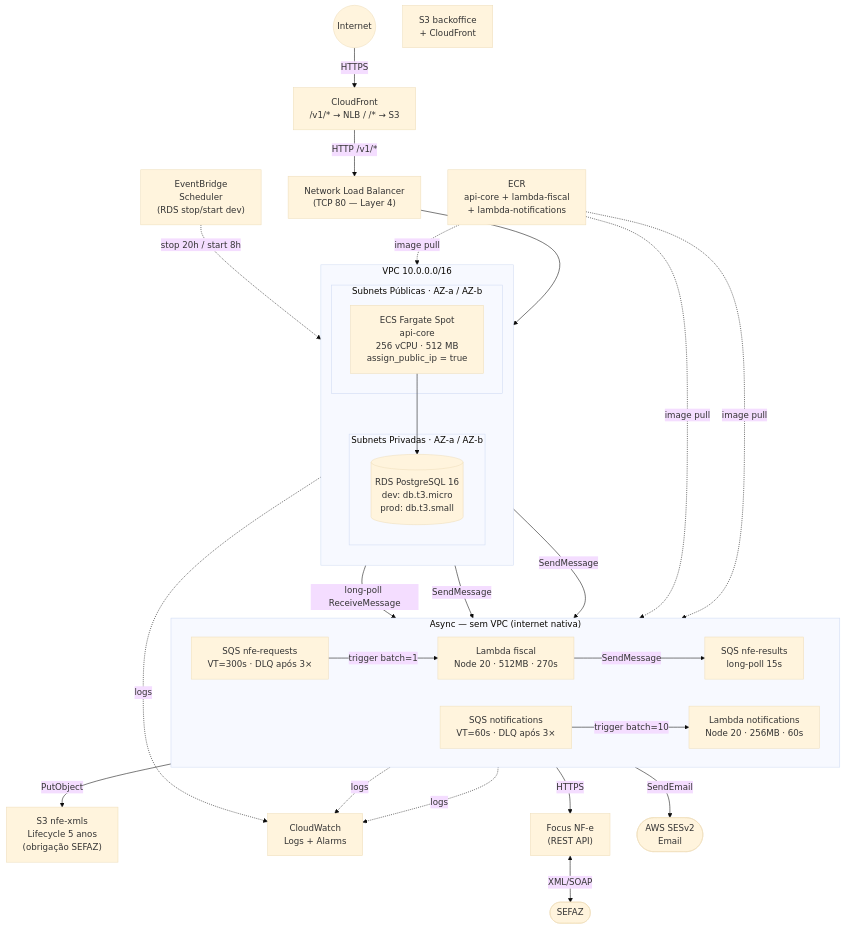
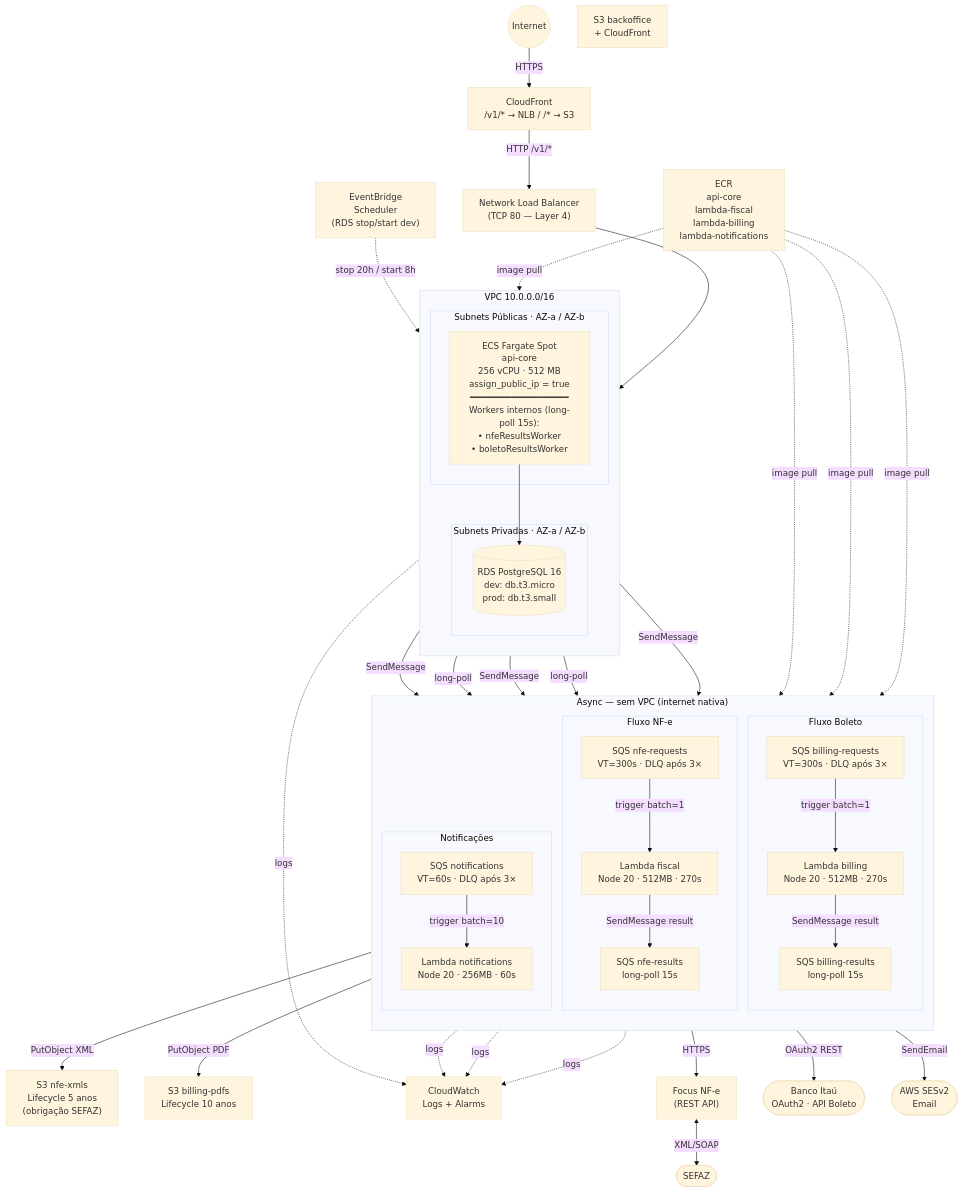
One commit to gercenioxsilva/erp-lite changed the second of 4 diagrams in README.md. Above: the diagram before and after it, drawn with Mermaid (base theme). The commit also changed other lines of this file, not shown here.

First line of the commit message:
docs(readme): update architecture diagrams with lambda-billing and boleto flow

````diff
--- a/README.md
+++ b/README.md
@@ -489,7 +496,7 @@
     subgraph vpc["VPC  10.0.0.0/16"]
         direction TB
         subgraph pub["Subnets Públicas  ·  AZ-a / AZ-b"]
-            ecs["ECS Fargate Spot\napi-core\n256 vCPU · 512 MB\nassign_public_ip = true"]
+            ecs["ECS Fargate Spot\napi-core\n256 vCPU · 512 MB\nassign_public_ip = true\n━━━━━━━━━━━━━━━━━━━\nWorkers internos (long-poll 15s):\n• nfeResultsWorker\n• boletoResultsWorker"]
         end
         subgraph priv["Subnets Privadas  ·  AZ-a / AZ-b"]
             rds[("RDS PostgreSQL 16\ndev: db.t3.micro\nprod: db.t3.small")]
@@ -497,40 +504,70 @@
     end
 
     subgraph async["Async — sem VPC (internet nativa)"]
-        direction LR
-        sqs_req["SQS nfe-requests\nVT=300s · DLQ após 3×"]
-        lambda_f["Lambda fiscal\nNode 20 · 512MB · 270s"]
-        sqs_res["SQS nfe-results\nlong-poll 15s"]
-        sqs_notif["SQS notifications\nVT=60s · DLQ após 3×"]
-        lambda_n["Lambda notifications\nNode 20 · 256MB · 60s"]
+        direction TB
+
+        subgraph nfe_flow["Fluxo NF-e"]
+            sqs_nfe_req["SQS nfe-requests\nVT=300s · DLQ após 3×"]
+            lambda_f["Lambda fiscal\nNode 20 · 512MB · 270s"]
+            sqs_nfe_res["SQS nfe-results\nlong-poll 15s"]
+        end
+
+        subgraph billing_flow["Fluxo Boleto"]
+            sqs_bill_req["SQS billing-requests\nVT=300s · DLQ após 3×"]
+            lambda_b["Lambda billing\nNode 20 · 512MB · 270s"]
+            sqs_bill_res["SQS billing-results\nlong-poll 15s"]
+        end
+
+        subgraph notif_flow["Notificações"]
+            sqs_notif["SQS notifications\nVT=60s · DLQ após 3×"]
+            lambda_n["Lambda notifications\nNode 20 · 256MB · 60s"]
+        end
     end
 
-    ecr["ECR\napi-core + lambda-fiscal\n+ lambda-notifications"]
+    ecr["ECR\napi-core\nlambda-fiscal\nlambda-billing\nlambda-notifications"]
     s3_nfe["S3 nfe-xmls\nLifecycle 5 anos\n(obrigação SEFAZ)"]
+    s3_bill["S3 billing-pdfs\nLifecycle 10 anos"]
     s3_ui["S3 backoffice\n+ CloudFront"]
     cw["CloudWatch\nLogs + Alarms"]
     focus["Focus NF-e\n(REST API)"]
     sefaz(["SEFAZ"])
+    banco(["Banco Itaú\nOAuth2 · API Boleto"])
     ses(["AWS SESv2\nEmail"])
     eb["EventBridge\nScheduler\n(RDS stop/start dev)"]
 
     alb --> ecs
     ecs --> rds
-    ecs -->|SendMessage| sqs_req
-    ecs -->|SendMessage| sqs_notif
-    ecs -->|long-poll ReceiveMessage| sqs_res
-    sqs_req -->|trigger batch=1| lambda_f
+
+    %% NF-e flow
+    ecs -->|SendMessage| sqs_nfe_req
+    ecs -->|long-poll| sqs_nfe_res
+    sqs_nfe_req -->|trigger batch=1| lambda_f
     lambda_f -->|HTTPS| focus
     focus <-->|XML/SOAP| sefaz
-    lambda_f -->|PutObject| s3_nfe
-    lambda_f -->|SendMessage| sqs_res
+    lambda_f -->|PutObject XML| s3_nfe
+    lambda_f -->|SendMessage result| sqs_nfe_res
+
+    %% Billing flow
+    ecs -->|SendMessage| sqs_bill_req
+    ecs -->|long-poll| sqs_bill_res
+    sqs_bill_req -->|trigger batch=1| lambda_b
+    lambda_b -->|OAuth2 REST| banco
+    lambda_b -->|PutObject PDF| s3_bill
+    lambda_b -->|SendMessage result| sqs_bill_res
+
+    %% Notifications
+    ecs -->|SendMessage| sqs_notif
     sqs_notif -->|trigger batch=10| lambda_n
     lambda_n -->|SendEmail| ses
+
+    %% ECR & observability
     ecr -.->|image pull| ecs
     ecr -.->|image pull| lambda_f
+    ecr -.->|image pull| lambda_b
     ecr -.->|image pull| lambda_n
     ecs -.->|logs| cw
     lambda_f -.->|logs| cw
+    lambda_b -.->|logs| cw
     lambda_n -.->|logs| cw
     eb -.->|stop 20h / start 8h| rds
 ```
````
